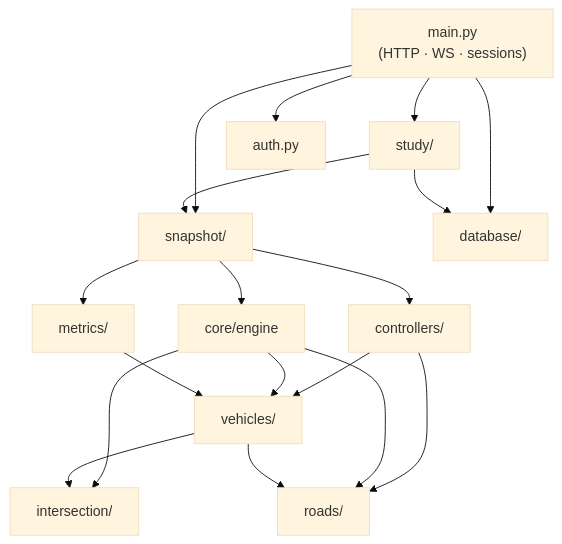
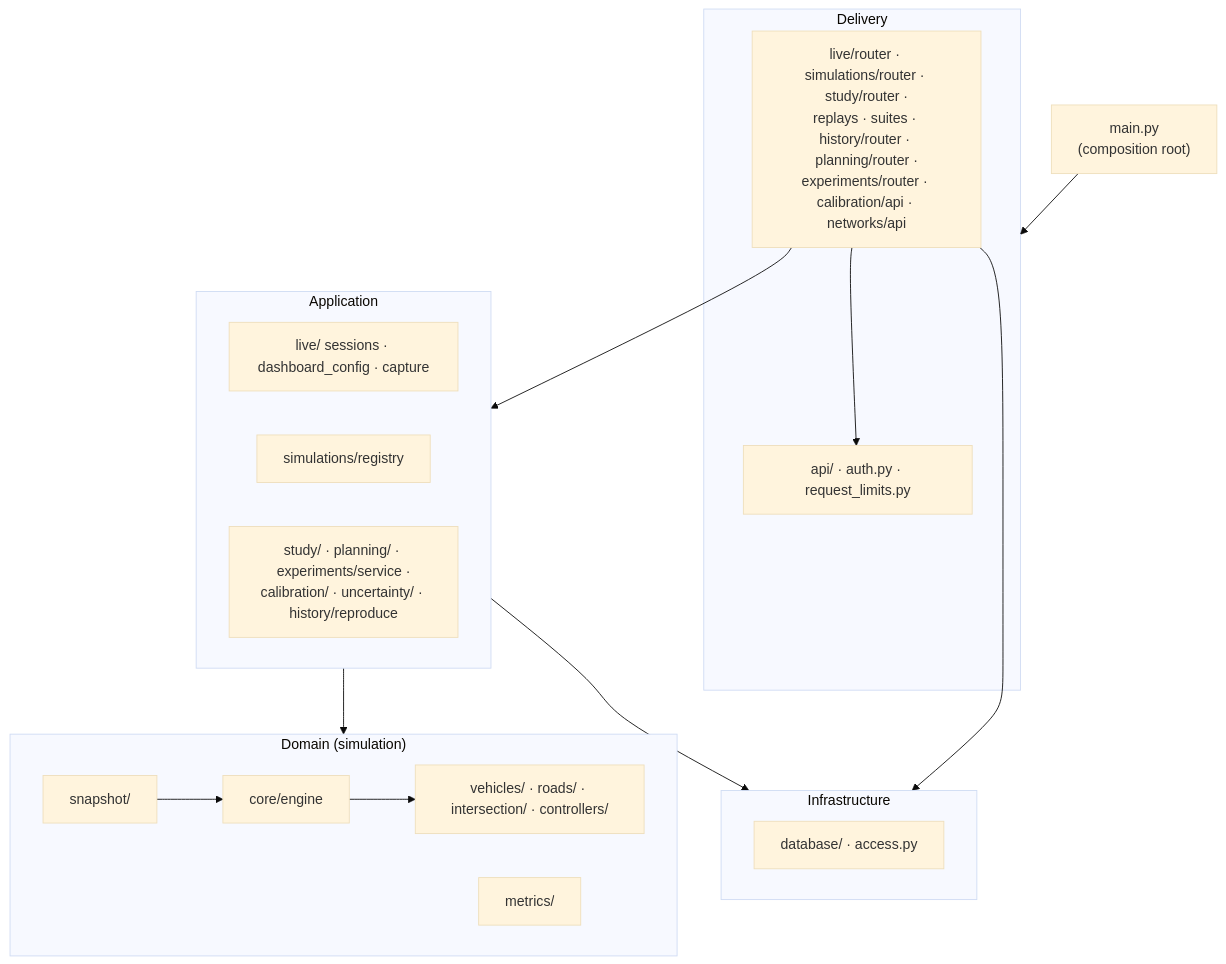
One commit to Viraj281105/Traffic-Simulation changed the first of 3 diagrams in docs/architecture/02-backend-architecture.md. Above: the diagram before and after it, drawn with Mermaid (base theme). The commit also changed other lines of this file and 88 other files, not shown here.

````diff
--- a/docs/architecture/02-backend-architecture.md
+++ b/docs/architecture/02-backend-architecture.md
@@ -81,20 +79,26 @@
 ```mermaid
 flowchart TB
-    MAIN["main.py<br/>(HTTP · WS · sessions)"] --> STUDY["study/"]
-    MAIN --> SNAP["snapshot/"]
-    MAIN --> DB["database/"]
-    MAIN --> AUTH["auth.py"]
-    STUDY --> SNAP
-    STUDY --> DB
-    SNAP --> CORE["core/engine"]
-    SNAP --> MET["metrics/"]
-    SNAP --> CTRL["controllers/"]
-    CTRL --> ROADS["roads/"]
-    CTRL --> VEH["vehicles/"]
-    CORE --> VEH
-    CORE --> ROADS
-    CORE --> INT["intersection/"]
-    VEH --> INT
-    VEH --> ROADS
-    MET --> VEH
+    MAIN["main.py<br/>(composition root)"] --> DEL
+    subgraph DEL["Delivery"]
+        API["api/ · auth.py · request_limits.py"]
+        ROUTERS["live/router · simulations/router · study/router ·<br/>replays · suites · history/router · planning/router ·<br/>experiments/router · calibration/api · networks/api"]
+    end
+    subgraph APP["Application"]
+        LIVE["live/ sessions · dashboard_config · capture"]
+        REG["simulations/registry"]
+        STUDY["study/ · planning/ · experiments/service ·<br/>calibration/ · uncertainty/ · history/reproduce"]
+    end
+    subgraph DOM["Domain (simulation)"]
+        SNAP["snapshot/"] --> CORE["core/engine"]
+        CORE --> VEH["vehicles/ · roads/ · intersection/ · controllers/"]
+        MET["metrics/"]
+    end
+    subgraph INF["Infrastructure"]
+        DB["database/ · access.py"]
+    end
+    ROUTERS --> API
+    ROUTERS --> APP
+    APP --> DOM
+    APP --> INF
+    ROUTERS --> INF
 ```
````
